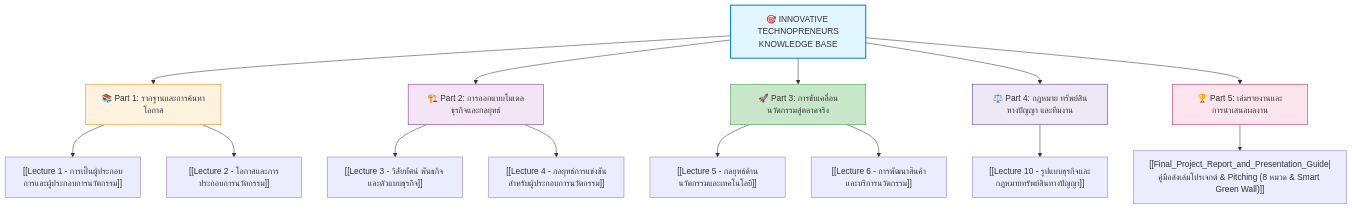
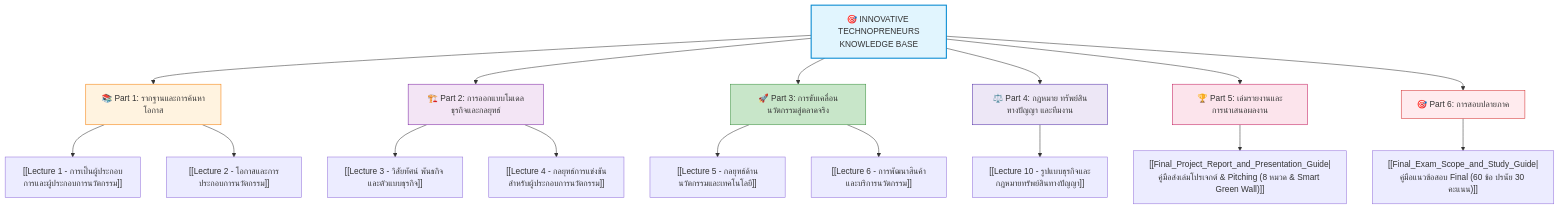
One commit to kanomoo/innovative-technopreneurs changed the diagram in Wiki/Innovative Technopreneurs Index.md. Above: the diagram before and after it, drawn with Mermaid. The commit also changed other lines of this file and 3 other files, not shown here.

Commit message:
docs(exam): add final exam scope study guide and 2026-10-09 lecture transcripts

````diff
--- a/Wiki/Innovative Technopreneurs Index.md
+++ b/Wiki/Innovative Technopreneurs Index.md
@@ -17,36 +17,41 @@
 ```mermaid
 graph TD
     ROOT["🎯 INNOVATIVE TECHNOPRENEURS<br/>KNOWLEDGE BASE"]
     
     P1["📚 Part 1: รากฐานและการค้นหาโอกาส"]
     P2["🏗️ Part 2: การออกแบบโมเดลธุรกิจและกลยุทธ์"]
     P3["🚀 Part 3: การขับเคลื่อนนวัตกรรมสู่ตลาดจริง"]
     P4["⚖️ Part 4: กฎหมาย ทรัพย์สินทางปัญญา และทีมงาน"]
     P5["🏆 Part 5: เล่มรายงานและการนำเสนอผลงาน"]
+    P6["🎯 Part 6: การสอบปลายภาค"]
 
     ROOT --> P1
     ROOT --> P2
     ROOT --> P3
     ROOT --> P4
     ROOT --> P5
+    ROOT --> P6
 
     P1 --> L1["[[Lecture 1 - การเป็นผู้ประกอบการและผู้ประกอบการนวัตกรรม]]"]
     P1 --> L2["[[Lecture 2 - โอกาสและการประกอบการนวัตกรรม]]"]
 
     P2 --> L3["[[Lecture 3 - วิสัยทัศน์ พันธกิจ และตัวแบบธุรกิจ]]"]
     P2 --> L4["[[Lecture 4 - กลยุทธ์การแข่งขันสำหรับผู้ประกอบการนวัตกรรม]]"]
 
     P3 --> L5["[[Lecture 5 - กลยุทธ์ด้านนวัตกรรมและเทคโนโลยี]]"]
     P3 --> L6["[[Lecture 6 - การพัฒนาสินค้าและบริการนวัตกรรม]]"]
 
     P4 --> L10["[[Lecture 10 - รูปแบบธุรกิจและกฎหมายทรัพย์สินทางปัญญา]]"]
 
     P5 --> L7["[[Final_Project_Report_and_Presentation_Guide|คู่มือส่งเล่มโปรเจกต์ & Pitching (8 หมวด & Smart Green Wall)]]"]
 
+    P6 --> L8["[[Final_Exam_Scope_and_Study_Guide|คู่มือแนวข้อสอบ Final (60 ข้อ ปรนัย 30 คะแนน)]]"]
+
     style ROOT fill:#e1f5fe,stroke:#0288d1,stroke-width:2px
     style P1 fill:#fff3e0,stroke:#f57c00
     style P2 fill:#f3e5f5,stroke:#7b1fa2
     style P3 fill:#c8e6c9,stroke:#388e3c
     style P4 fill:#ede7f6,stroke:#512da8
     style P5 fill:#fce4ec,stroke:#c2185b
+    style P6 fill:#ffebee,stroke:#d32f2f
 ```
````
